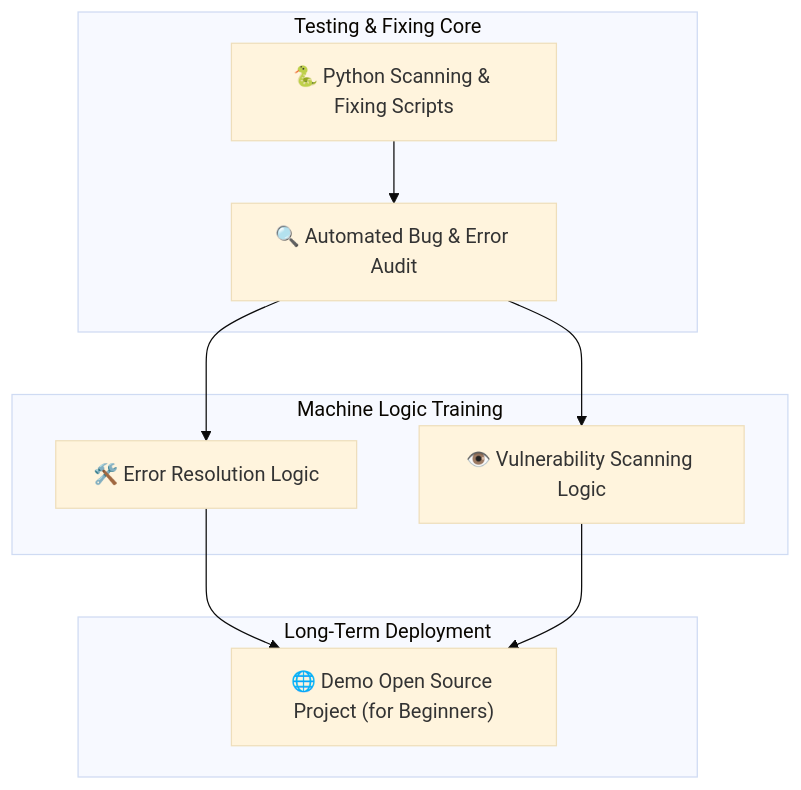
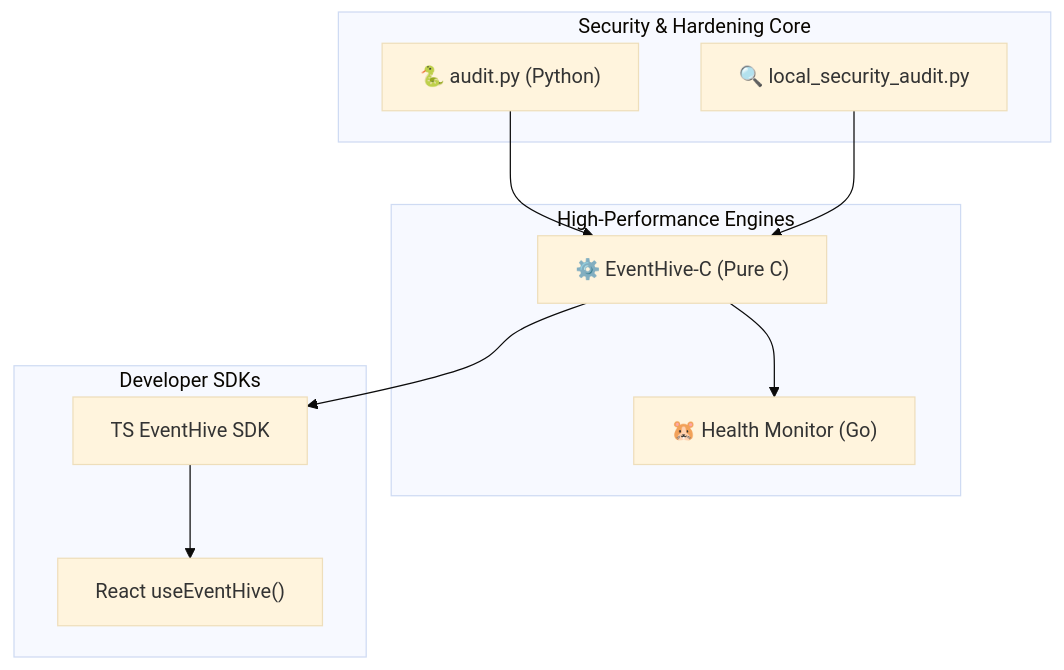
The diagram in README.md (Raphasha27/AI-Agent), drawn with Mermaid (base theme) before and after one commit. The commit also changed other lines of this file and 1 other file, not shown here.

````diff
--- a/README.md
+++ b/README.md
@@ -39,22 +44,23 @@
 ```mermaid
 graph TD
-    subgraph Core ["Testing & Fixing Core"]
-        Scripts["🐍 Python Scanning & Fixing Scripts"]
-        Audit["🔍 Automated Bug & Error Audit"]
+    subgraph Core ["Security & Hardening Core"]
+        Audit["🐍 audit.py (Python)"]
+        Scanner["🔍 local_security_audit.py"]
     end
 
-    subgraph Operations ["Machine Logic Training"]
-        FixLogic["🛠️ Error Resolution Logic"]
-        ScanLogic["👁️ Vulnerability Scanning Logic"]
+    subgraph Engines ["High-Performance Engines"]
+        C_Engine["⚙️ EventHive-C (Pure C)"]
+        Go_Monitor["🐹 Health Monitor (Go)"]
     end
 
-    subgraph Future ["Long-Term Deployment"]
-        OpenSource["🌐 Demo Open Source Project (for Beginners)"]
+    subgraph Integration ["Developer SDKs"]
+        TS_SDK["TS EventHive SDK"]
+        React_Hooks["React useEventHive()"]
     end
 
-    Scripts --> Audit
-    Audit --> FixLogic
-    Audit --> ScanLogic
-    FixLogic --> OpenSource
-    ScanLogic --> OpenSource
+    Audit --> C_Engine
+    Scanner --> C_Engine
+    C_Engine --> Go_Monitor
+    C_Engine --> TS_SDK
+    TS_SDK --> React_Hooks
 ```
````
